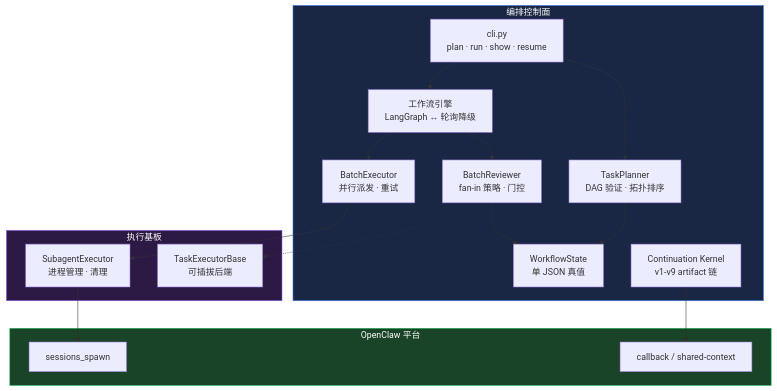
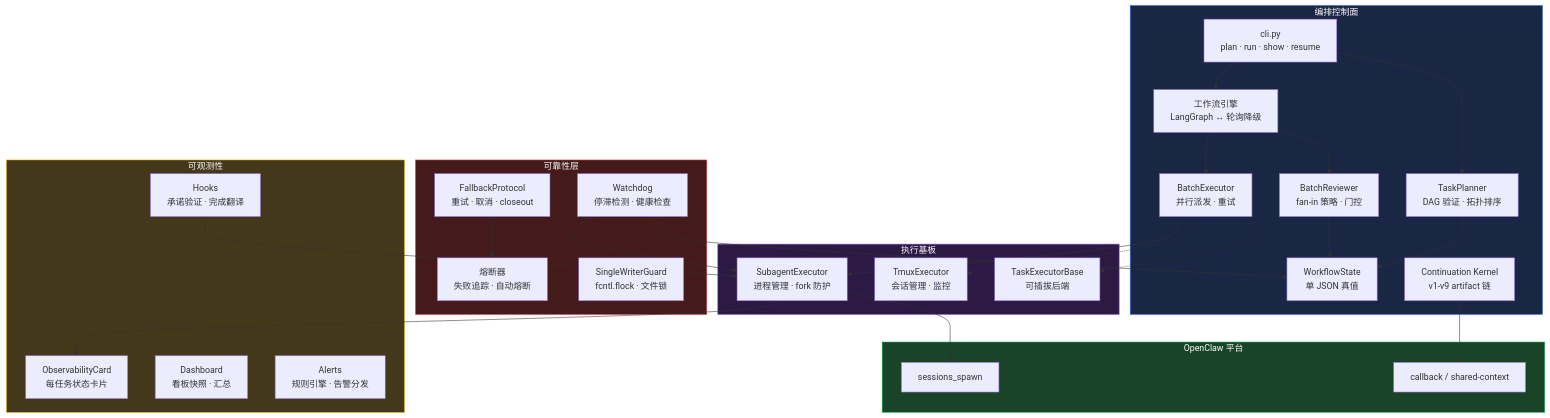
The first of 2 diagrams in README_CN.md (lanyasheng/openclaw-company-orchestration-proposal), drawn with Mermaid before and after one commit. The commit also changed other lines of this file and 4 other files, not shown here.

````diff
--- a/README_CN.md
+++ b/README_CN.md
@@ -54,33 +57,56 @@
 ```mermaid
 graph TD
   subgraph Control["编排控制面"]
     CLI["cli.py<br/>plan · run · show · resume"]
     TP["TaskPlanner<br/>DAG 验证 · 拓扑排序"]
     WG["工作流引擎<br/>LangGraph ↔ 轮询降级"]
     BE["BatchExecutor<br/>并行派发 · 重试"]
     BR["BatchReviewer<br/>fan-in 策略 · 门控"]
     WS["WorkflowState<br/>单 JSON 真值"]
     CK["Continuation Kernel<br/>v1-v9 artifact 链"]
   end
 
+  subgraph Reliability["可靠性层"]
+    WD["Watchdog<br/>停滞检测 · 健康检查"]
+    CB_BREAK["熔断器<br/>失败追踪 · 自动熔断"]
+    SWG["SingleWriterGuard<br/>fcntl.flock · 文件锁"]
+    FP["FallbackProtocol<br/>重试 · 取消 · closeout"]
+  end
+
   subgraph Exec["执行基板"]
-    SE["SubagentExecutor<br/>进程管理 · 清理"]
+    SE["SubagentExecutor<br/>进程管理 · fork 防护"]
+    TE["TmuxExecutor<br/>会话管理 · 监控"]
     EI["TaskExecutorBase<br/>可插拔后端"]
+  end
+
+  subgraph Observe["可观测性"]
+    OC["ObservabilityCard<br/>每任务状态卡片"]
+    DB["Dashboard<br/>看板快照 · 汇总"]
+    HK["Hooks<br/>承诺验证 · 完成翻译"]
+    AL["Alerts<br/>规则引擎 · 告警分发"]
   end
 
   subgraph Platform["OpenClaw 平台"]
     SS["sessions_spawn"]
-    CB["callback / shared-context"]
+    CB_P["callback / shared-context"]
   end
 
   CLI --> TP --> WS
   CLI --> WG --> BE --> SE
   WG --> BR --> WS
   SE --> SS
-  CK --> CB
+  CK --> CB_P
   BE -.-> EI
+  BE -.-> TE
+  WD --> WS
+  WD --> SE
+  FP --> CB_BREAK
+  SE --> OC
+  HK --> SE
 
   style Control fill:#1a2744,stroke:#3b82f6,color:#fff
+  style Reliability fill:#441a1a,stroke:#ef4444,color:#fff
   style Exec fill:#2d1a44,stroke:#8b5cf6,color:#fff
+  style Observe fill:#44381a,stroke:#eab308,color:#fff
   style Platform fill:#1a4428,stroke:#22c55e,color:#fff
 ```
````
